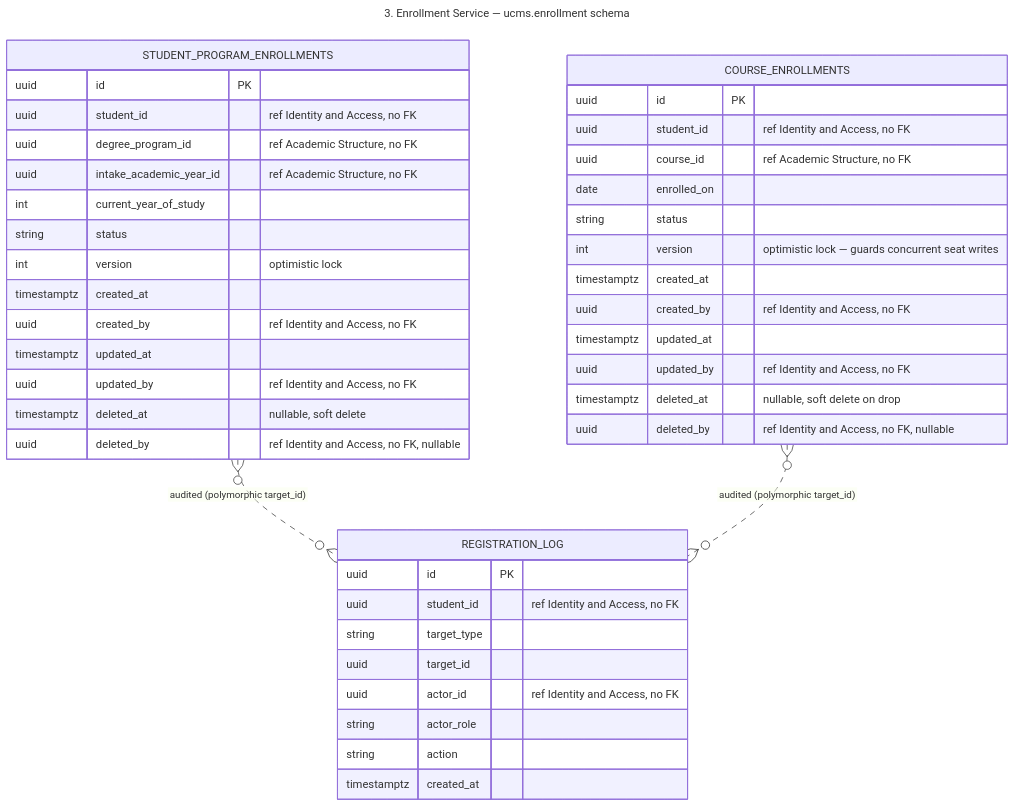
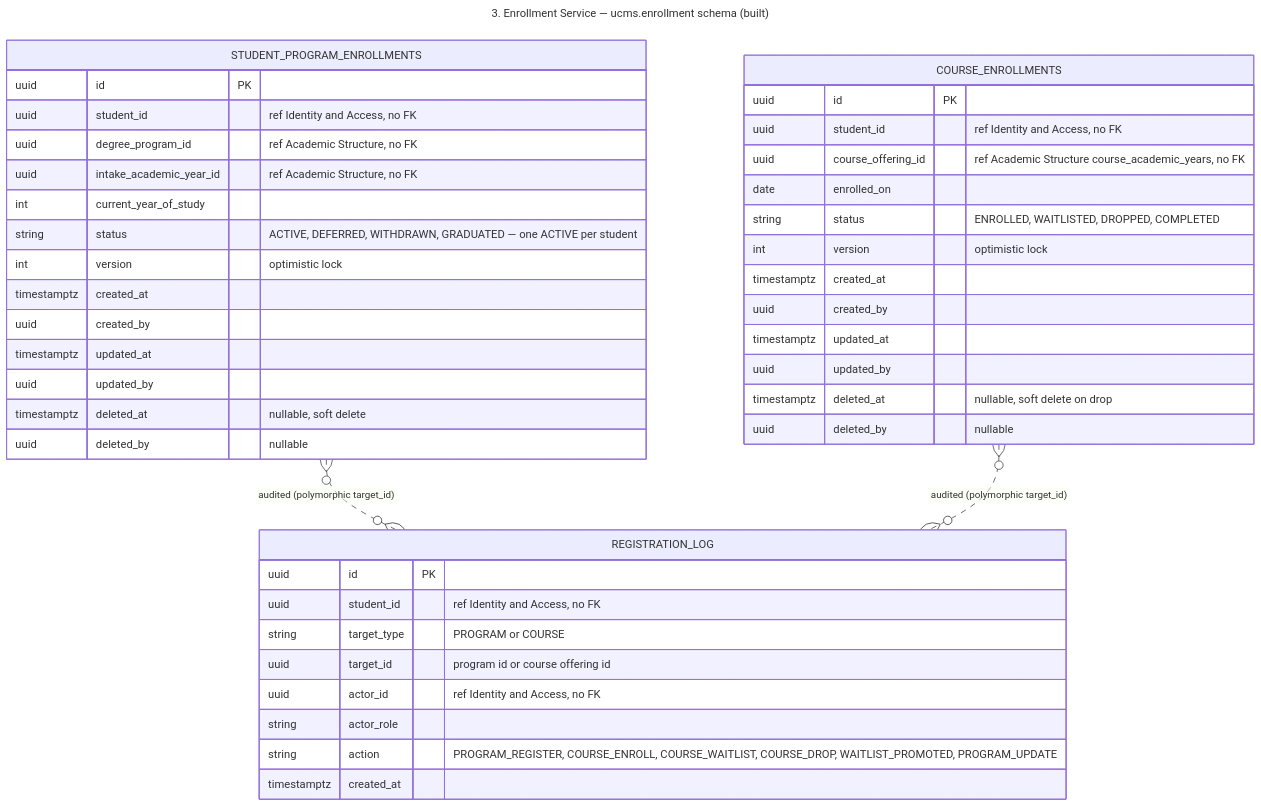
Before and after one commit to ESD-ONE/University-Course-Management-System: the diagram in docs/architecture/tables-03-enrollment.mmd, drawn with Mermaid. The commit also changed 543 other files, not shown here.

```diff
--- a/docs/architecture/tables-03-enrollment.mmd
+++ b/docs/architecture/tables-03-enrollment.mmd
@@ -1,46 +1,46 @@
 ---
-title: 3. Enrollment Service — ucms.enrollment schema
+title: 3. Enrollment Service — ucms.enrollment schema (built)
 ---
 erDiagram
     STUDENT_PROGRAM_ENROLLMENTS {
         uuid id PK
         uuid student_id "ref Identity and Access, no FK"
         uuid degree_program_id "ref Academic Structure, no FK"
         uuid intake_academic_year_id "ref Academic Structure, no FK"
         int current_year_of_study
-        string status
+        string status "ACTIVE, DEFERRED, WITHDRAWN, GRADUATED — one ACTIVE per student"
         int version "optimistic lock"
         timestamptz created_at
-        uuid created_by "ref Identity and Access, no FK"
+        uuid created_by
         timestamptz updated_at
-        uuid updated_by "ref Identity and Access, no FK"
+        uuid updated_by
         timestamptz deleted_at "nullable, soft delete"
-        uuid deleted_by "ref Identity and Access, no FK, nullable"
+        uuid deleted_by "nullable"
     }
     COURSE_ENROLLMENTS {
         uuid id PK
         uuid student_id "ref Identity and Access, no FK"
-        uuid course_id "ref Academic Structure, no FK"
+        uuid course_offering_id "ref Academic Structure course_academic_years, no FK"
         date enrolled_on
-        string status
-        int version "optimistic lock — guards concurrent seat writes"
+        string status "ENROLLED, WAITLISTED, DROPPED, COMPLETED"
+        int version "optimistic lock"
         timestamptz created_at
-        uuid created_by "ref Identity and Access, no FK"
+        uuid created_by
         timestamptz updated_at
-        uuid updated_by "ref Identity and Access, no FK"
+        uuid updated_by
         timestamptz deleted_at "nullable, soft delete on drop"
-        uuid deleted_by "ref Identity and Access, no FK, nullable"
+        uuid deleted_by "nullable"
     }
     REGISTRATION_LOG {
         uuid id PK
         uuid student_id "ref Identity and Access, no FK"
-        string target_type
-        uuid target_id
+        string target_type "PROGRAM or COURSE"
+        uuid target_id "program id or course offering id"
         uuid actor_id "ref Identity and Access, no FK"
         string actor_role
-        string action
+        string action "PROGRAM_REGISTER, COURSE_ENROLL, COURSE_WAITLIST, COURSE_DROP, WAITLIST_PROMOTED, PROGRAM_UPDATE"
         timestamptz created_at
     }
 
     STUDENT_PROGRAM_ENROLLMENTS }o..o{ REGISTRATION_LOG : "audited (polymorphic target_id)"
     COURSE_ENROLLMENTS }o..o{ REGISTRATION_LOG : "audited (polymorphic target_id)"
```
